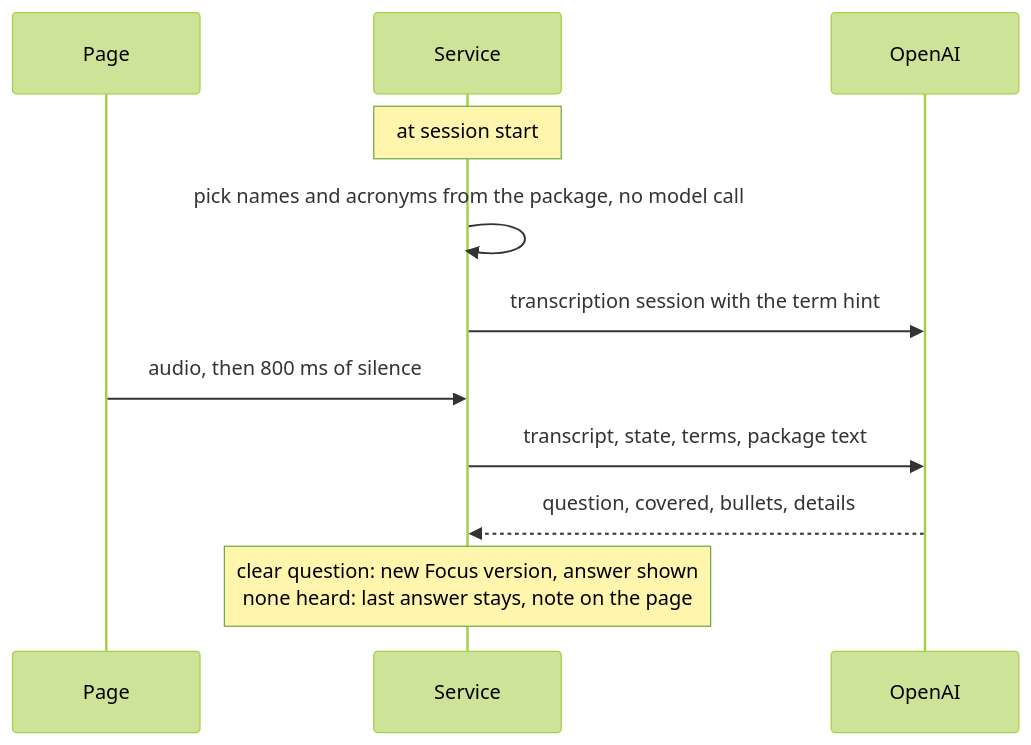
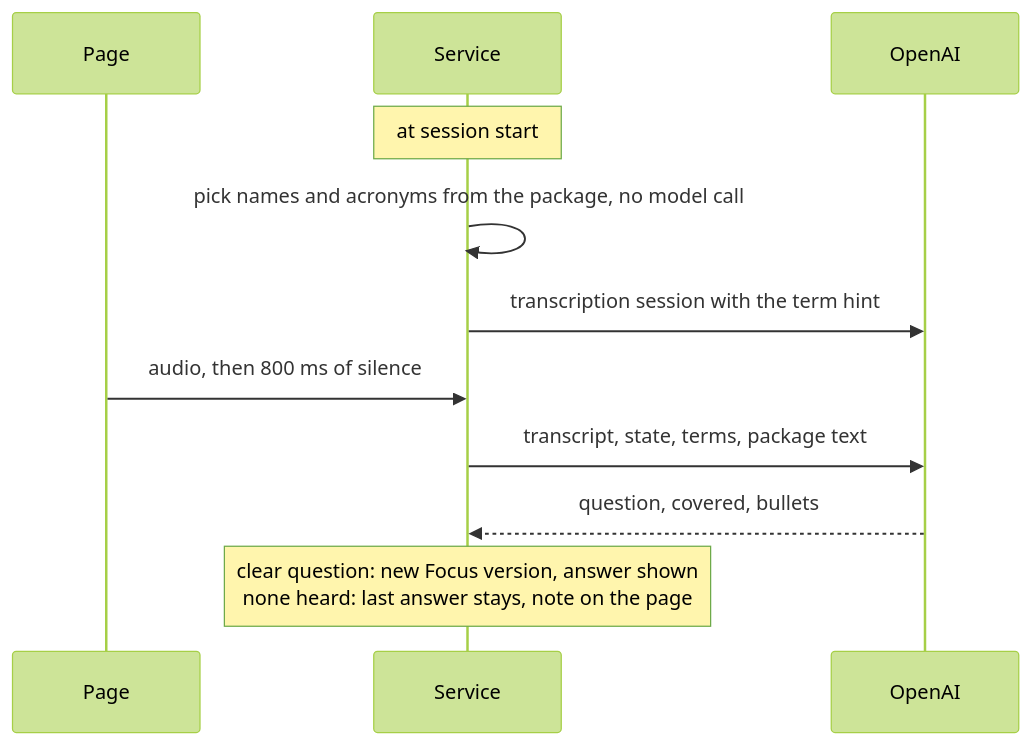
The diagram in docs/asdg/05-high-level-design-and-architecture/01.7-automatic-question-flow.md (Elustondo-ai/alice.good.meetings), drawn with Mermaid (forest theme) before and after one commit. The commit also changed other lines of this file and 95 other files, not shown here.

````diff
--- a/docs/asdg/05-high-level-design-and-architecture/01.7-automatic-question-flow.md
+++ b/docs/asdg/05-high-level-design-and-architecture/01.7-automatic-question-flow.md
@@ -6,13 +6,13 @@
 ```mermaid
 sequenceDiagram
     participant P as Page
     participant S as Service
     participant O as OpenAI
     Note over S: at session start
     S->>S: pick names and acronyms from the package, no model call
     S->>O: transcription session with the term hint
     P->>S: audio, then 800 ms of silence
     S->>O: transcript, state, terms, package text
-    O-->>S: question, covered, bullets, details
+    O-->>S: question, covered, bullets
     Note over S: clear question: new Focus version, answer shown<br/>none heard: last answer stays, note on the page
 ```
````
